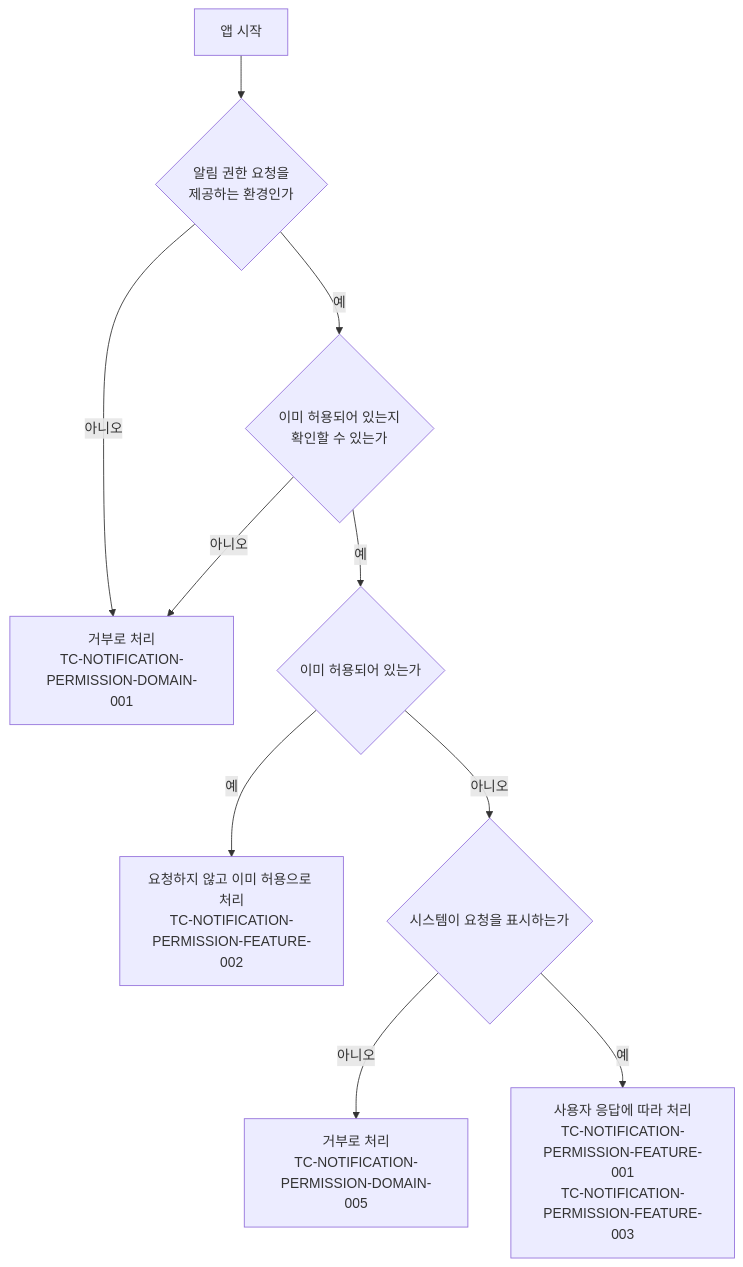
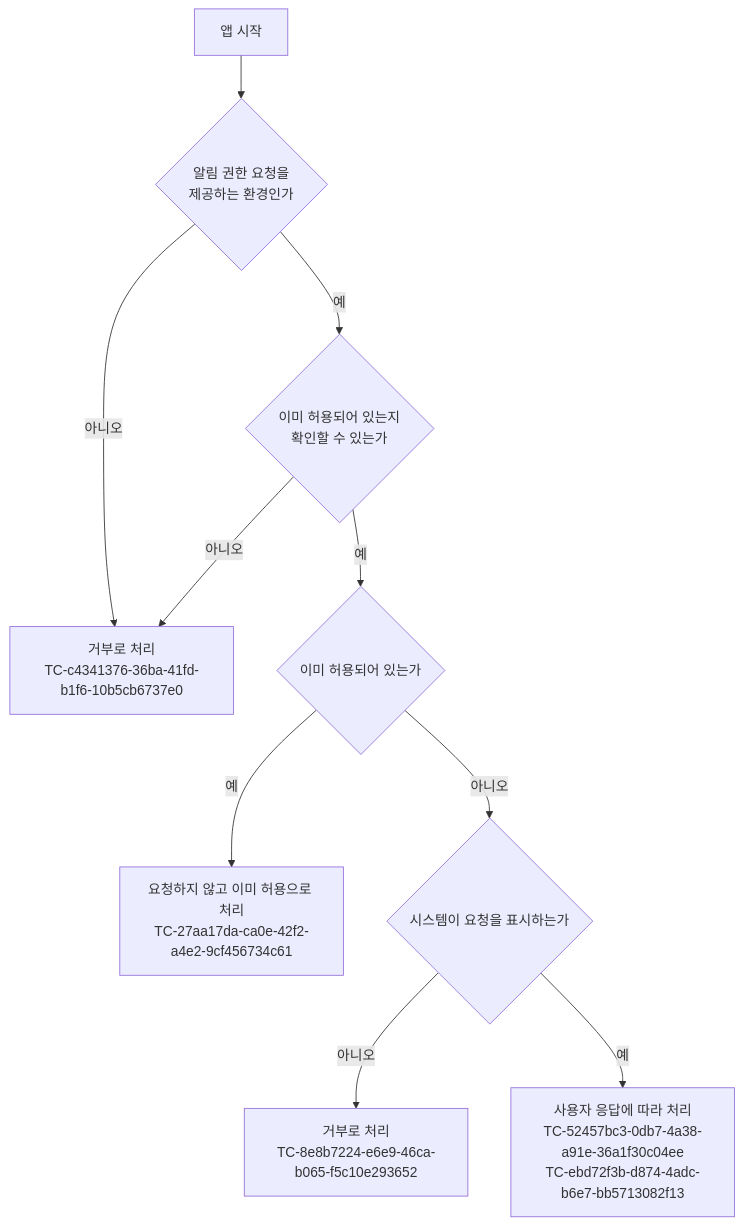
One commit to taetae98coding/DiaryKMP changed the diagram in docs/testcase/notification-permission.md. Above: the diagram before and after it, drawn with Mermaid. The commit also changed other lines of this file and 1177 other files, not shown here.

````diff
--- a/docs/testcase/notification-permission.md
+++ b/docs/testcase/notification-permission.md
@@ -41,12 +41,12 @@
 ```mermaid
 flowchart TD
     Start["앱 시작"] --> Support{"알림 권한 요청을<br/>제공하는 환경인가"}
-    Support -- 아니오 --> Denied["거부로 처리<br/>TC-NOTIFICATION-PERMISSION-DOMAIN-001"]
+    Support -- 아니오 --> Denied["거부로 처리<br/>TC-c4341376-36ba-41fd-b1f6-10b5cb6737e0"]
     Support -- 예 --> Check{"이미 허용되어 있는지<br/>확인할 수 있는가"}
     Check -- 아니오 --> Denied
     Check -- 예 --> Granted{"이미 허용되어 있는가"}
-    Granted -- 예 --> Skip["요청하지 않고 이미 허용으로 처리<br/>TC-NOTIFICATION-PERMISSION-FEATURE-002"]
+    Granted -- 예 --> Skip["요청하지 않고 이미 허용으로 처리<br/>TC-27aa17da-ca0e-42f2-a4e2-9cf456734c61"]
     Granted -- 아니오 --> Request{"시스템이 요청을 표시하는가"}
-    Request -- 아니오 --> NotShown["거부로 처리<br/>TC-NOTIFICATION-PERMISSION-DOMAIN-005"]
-    Request -- 예 --> Answer["사용자 응답에 따라 처리<br/>TC-NOTIFICATION-PERMISSION-FEATURE-001<br/>TC-NOTIFICATION-PERMISSION-FEATURE-003"]
+    Request -- 아니오 --> NotShown["거부로 처리<br/>TC-8e8b7224-e6e9-46ca-b065-f5c10e293652"]
+    Request -- 예 --> Answer["사용자 응답에 따라 처리<br/>TC-52457bc3-0db7-4a38-a91e-36a1f30c04ee<br/>TC-ebd72f3b-d874-4adc-b6e7-bb5713082f13"]
 ```
````
